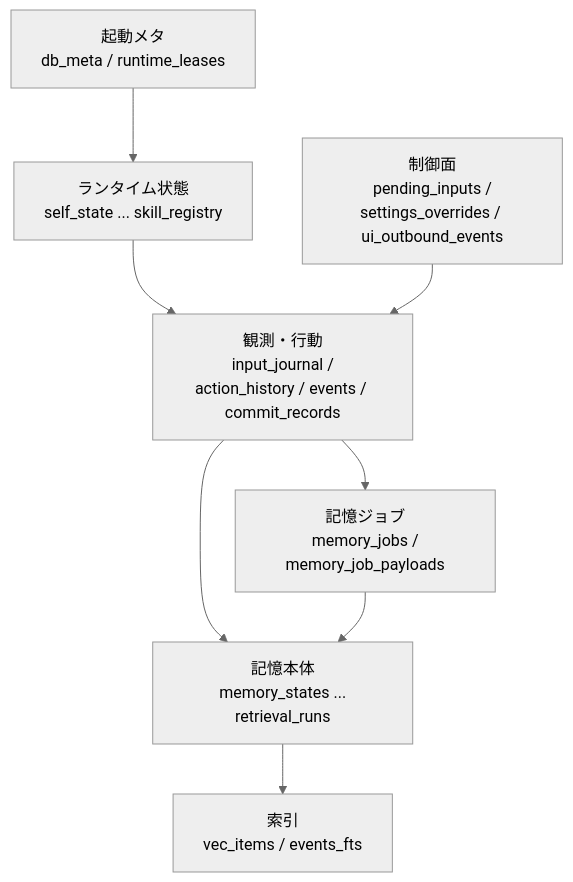
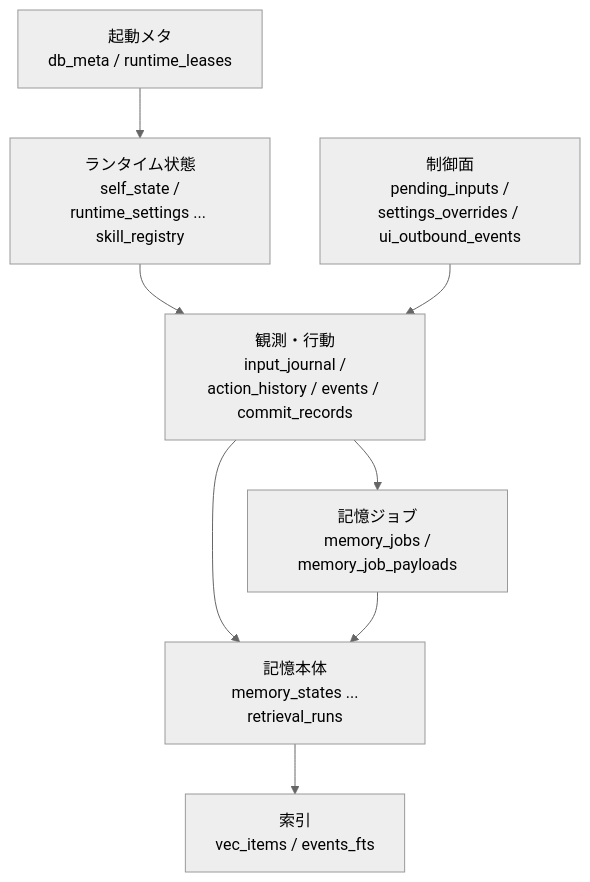
The diagram in docs/34_SQLite論理スキーマ.md (hirona98/OtomeKairo), drawn with Mermaid (neutral theme) before and after one commit. The commit also changed other lines of this file and 13 other files, not shown here.

````diff
--- a/docs/34_SQLite論理スキーマ.md
+++ b/docs/34_SQLite論理スキーマ.md
@@ -49,18 +50,18 @@
 ```mermaid
 flowchart TD
     meta["起動メタ\n db_meta / runtime_leases"]
-    runtime["ランタイム状態\n self_state ... skill_registry"]
+    runtime["ランタイム状態\n self_state / runtime_settings ... skill_registry"]
     control["制御面\n pending_inputs / settings_overrides / ui_outbound_events"]
     eventlog["観測・行動\n input_journal / action_history / events / commit_records"]
     memory["記憶本体\n memory_states ... retrieval_runs"]
     jobs["記憶ジョブ\n memory_jobs / memory_job_payloads"]
     index["索引\n vec_items / events_fts"]
 
     meta --> runtime
     runtime --> eventlog
     control --> eventlog
     eventlog --> memory
     eventlog --> jobs
     jobs --> memory
     memory --> index
 ```
````
